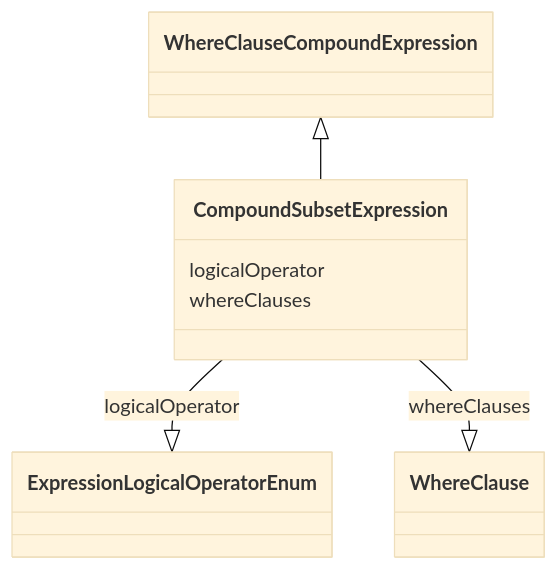
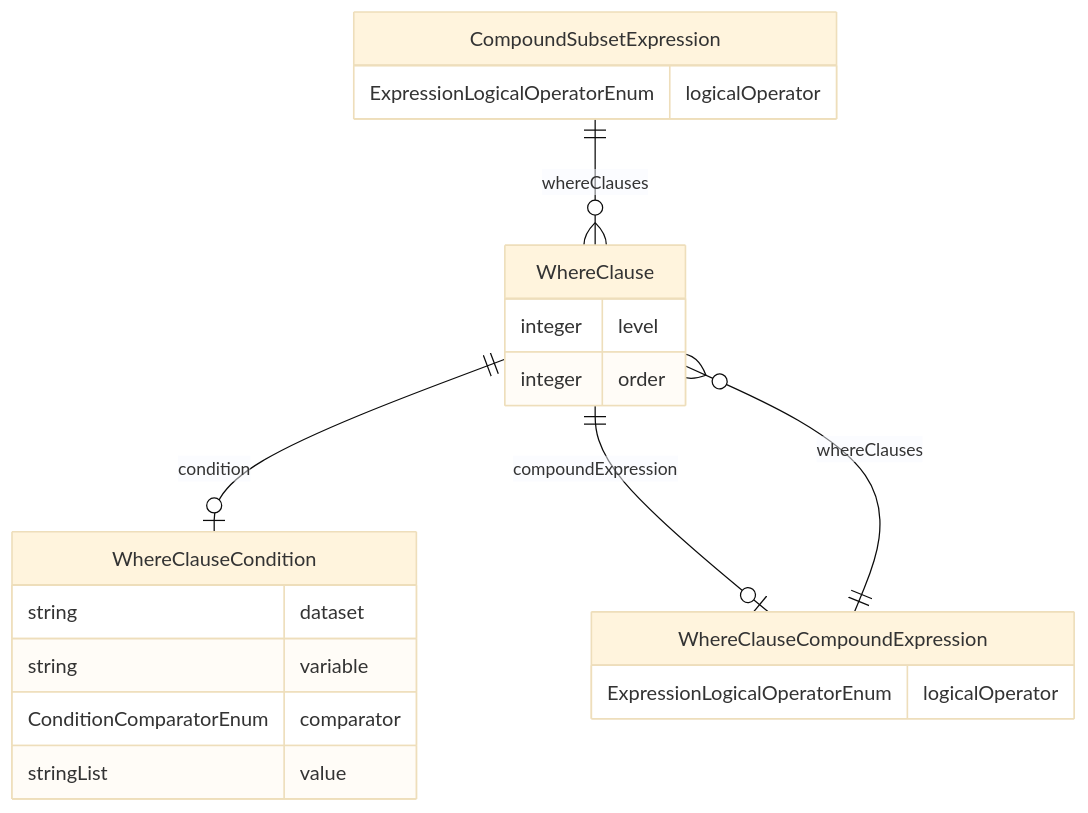
One commit to cdisc-org/analysis-results-standard changed the diagram in project/docs/CompoundSubsetExpression.md. Above: the diagram before and after it, drawn with Mermaid (base theme). The commit also changed 131 other files, not shown here.

Commit message:
Add top-level diagram to documentation

````diff
--- a/project/docs/CompoundSubsetExpression.md
+++ b/project/docs/CompoundSubsetExpression.md
@@ -14,15 +13,25 @@
 ```mermaid
- classDiagram
-    class CompoundSubsetExpression
-      WhereClauseCompoundExpression <|-- CompoundSubsetExpression
-      
-      CompoundSubsetExpression : logicalOperator
-        
-          CompoundSubsetExpression --|> ExpressionLogicalOperatorEnum : logicalOperator
-        
-      CompoundSubsetExpression : whereClauses
-        
-          CompoundSubsetExpression --|> WhereClause : whereClauses
-        
-      
+erDiagram
+CompoundSubsetExpression {
+    ExpressionLogicalOperatorEnum logicalOperator  
+}
+WhereClause {
+    integer level  
+    integer order  
+}
+WhereClauseCompoundExpression {
+    ExpressionLogicalOperatorEnum logicalOperator  
+}
+WhereClauseCondition {
+    string dataset  
+    string variable  
+    ConditionComparatorEnum comparator  
+    stringList value  
+}
+
+CompoundSubsetExpression ||--}o WhereClause : "whereClauses"
+WhereClause ||--|o WhereClauseCondition : "condition"
+WhereClause ||--|o WhereClauseCompoundExpression : "compoundExpression"
+WhereClauseCompoundExpression ||--}o WhereClause : "whereClauses"
+
 ```
````
